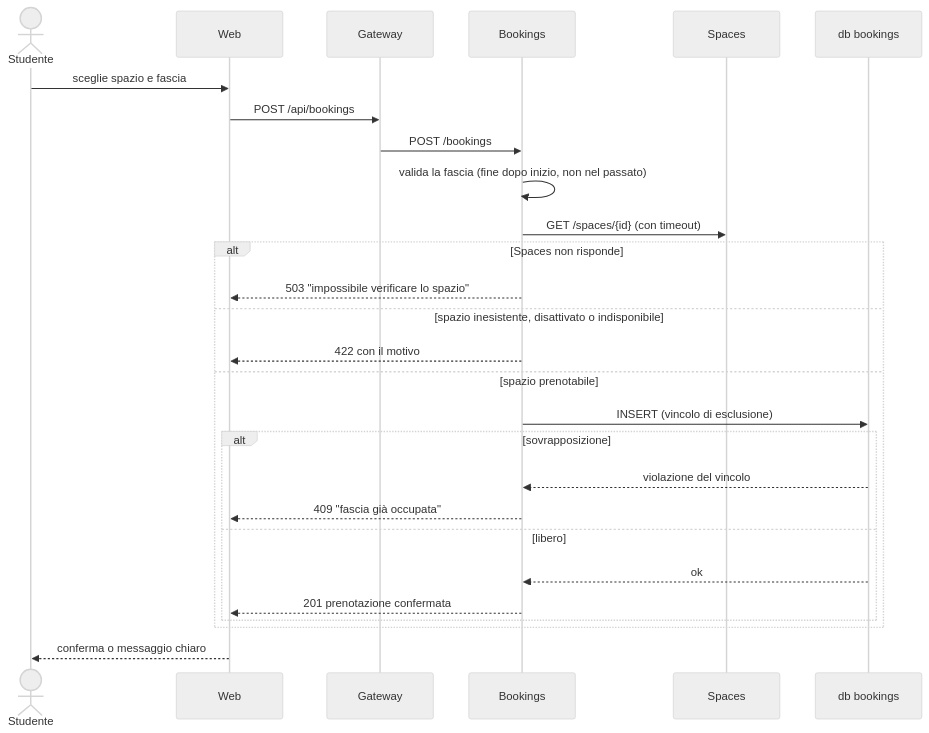
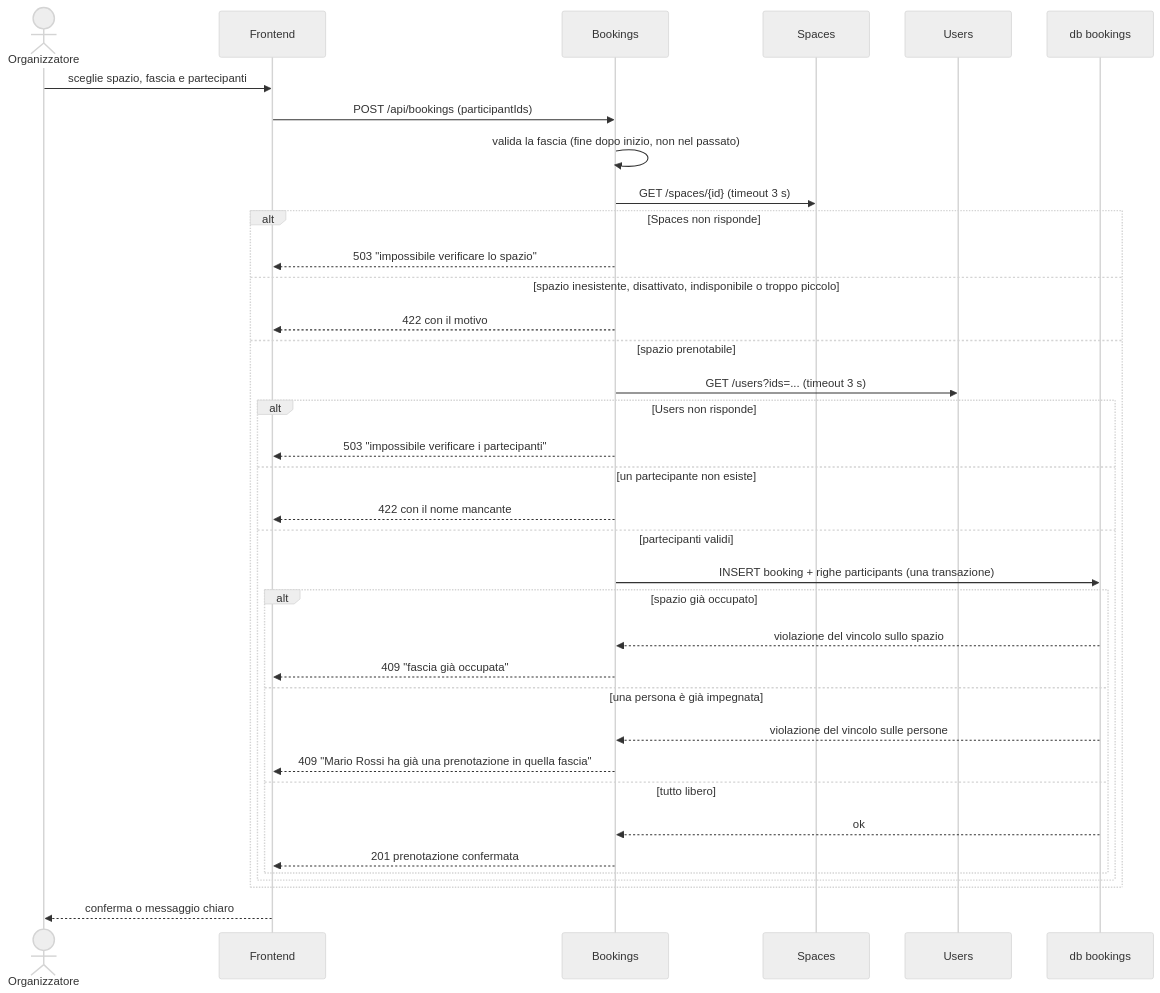
The third of 3 diagrams in docs/architecture.md (loggione-finale/smartcampus), drawn with Mermaid (neutral theme) before and after one commit. The commit also changed other lines of this file and 5 other files, not shown here.

````diff
--- a/docs/architecture.md
+++ b/docs/architecture.md
@@ -231,29 +166,38 @@
 ```mermaid
 sequenceDiagram
-    actor S as Studente
-    participant W as Web
-    participant G as Gateway
+    actor O as Organizzatore
+    participant W as Frontend
     participant B as Bookings
     participant SP as Spaces
+    participant U as Users
     participant DB as db bookings
-    S->>W: sceglie spazio e fascia
-    W->>G: POST /api/bookings
-    G->>B: POST /bookings
+    O->>W: sceglie spazio, fascia e partecipanti
+    W->>B: POST /api/bookings (participantIds)
     B->>B: valida la fascia (fine dopo inizio, non nel passato)
-    B->>SP: GET /spaces/{id} (con timeout)
+    B->>SP: GET /spaces/{id} (timeout 3 s)
     alt Spaces non risponde
         B-->>W: 503 "impossibile verificare lo spazio"
-    else spazio inesistente, disattivato o indisponibile
+    else spazio inesistente, disattivato, indisponibile o troppo piccolo
         B-->>W: 422 con il motivo
     else spazio prenotabile
-        B->>DB: INSERT (vincolo di esclusione)
-        alt sovrapposizione
-            DB-->>B: violazione del vincolo
-            B-->>W: 409 "fascia già occupata"
-        else libero
-            DB-->>B: ok
-            B-->>W: 201 prenotazione confermata
+        B->>U: GET /users?ids=... (timeout 3 s)
+        alt Users non risponde
+            B-->>W: 503 "impossibile verificare i partecipanti"
+        else un partecipante non esiste
+            B-->>W: 422 con il nome mancante
+        else partecipanti validi
+            B->>DB: INSERT booking + righe participants (una transazione)
+            alt spazio già occupato
+                DB-->>B: violazione del vincolo sullo spazio
+                B-->>W: 409 "fascia già occupata"
+            else una persona è già impegnata
+                DB-->>B: violazione del vincolo sulle persone
+                B-->>W: 409 "Mario Rossi ha già una prenotazione in quella fascia"
+            else tutto libero
+                DB-->>B: ok
+                B-->>W: 201 prenotazione confermata
+            end
         end
     end
-    W-->>S: conferma o messaggio chiaro
+    W-->>O: conferma o messaggio chiaro
 ```
````
